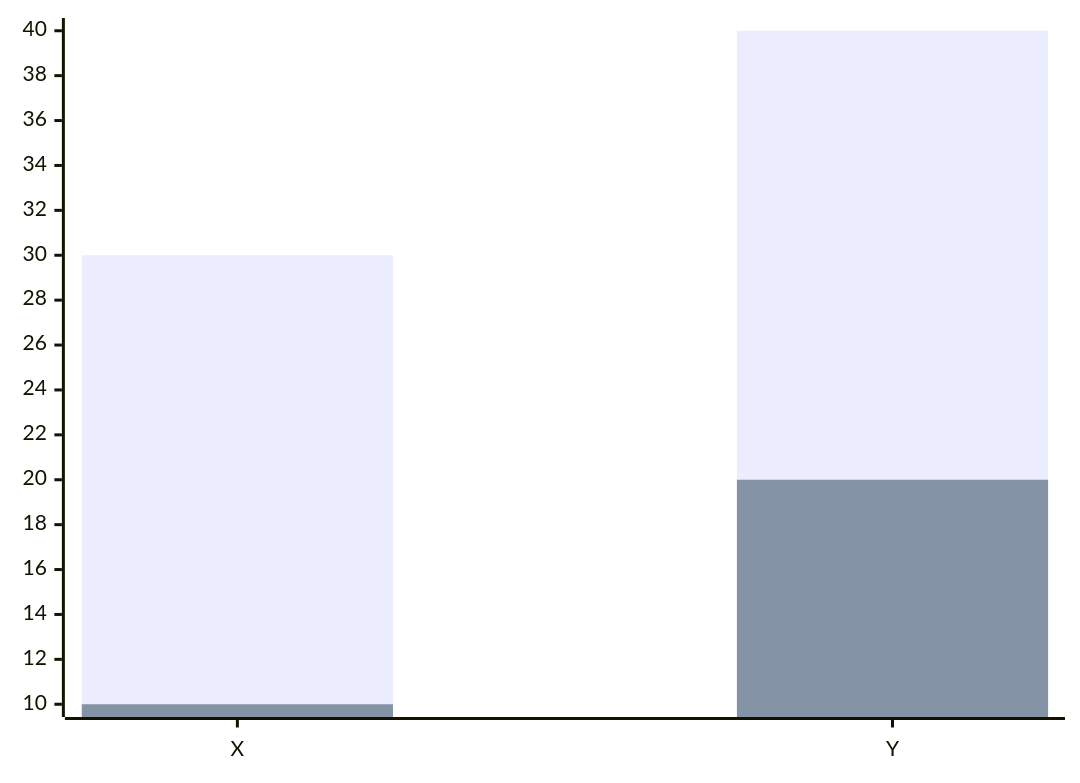
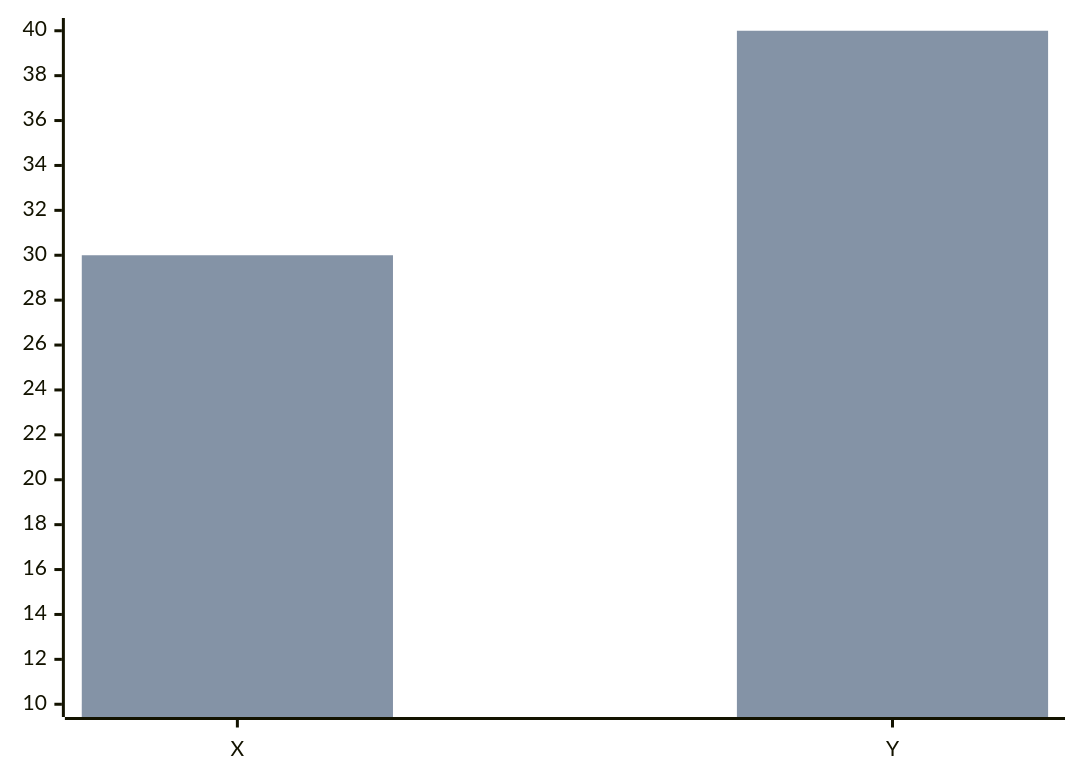
One commit to Excidion/sea-nymph changed the diagram in docs/tests/sea_nymph/barplot/TestHue/test_hue_produces_two_series.md. Above: the diagram before and after it, drawn with Mermaid. The commit also changed other lines of this file and 9 other files, not shown here.

````diff
--- a/docs/tests/sea_nymph/barplot/TestHue/test_hue_produces_two_series.md
+++ b/docs/tests/sea_nymph/barplot/TestHue/test_hue_produces_two_series.md
@@ -1,6 +1,6 @@
 ```mermaid
 xychart-beta
     x-axis [X, Y]
+    bar [10, 20]
     bar [30, 40]
-    bar [10, 20]
 ```
````
